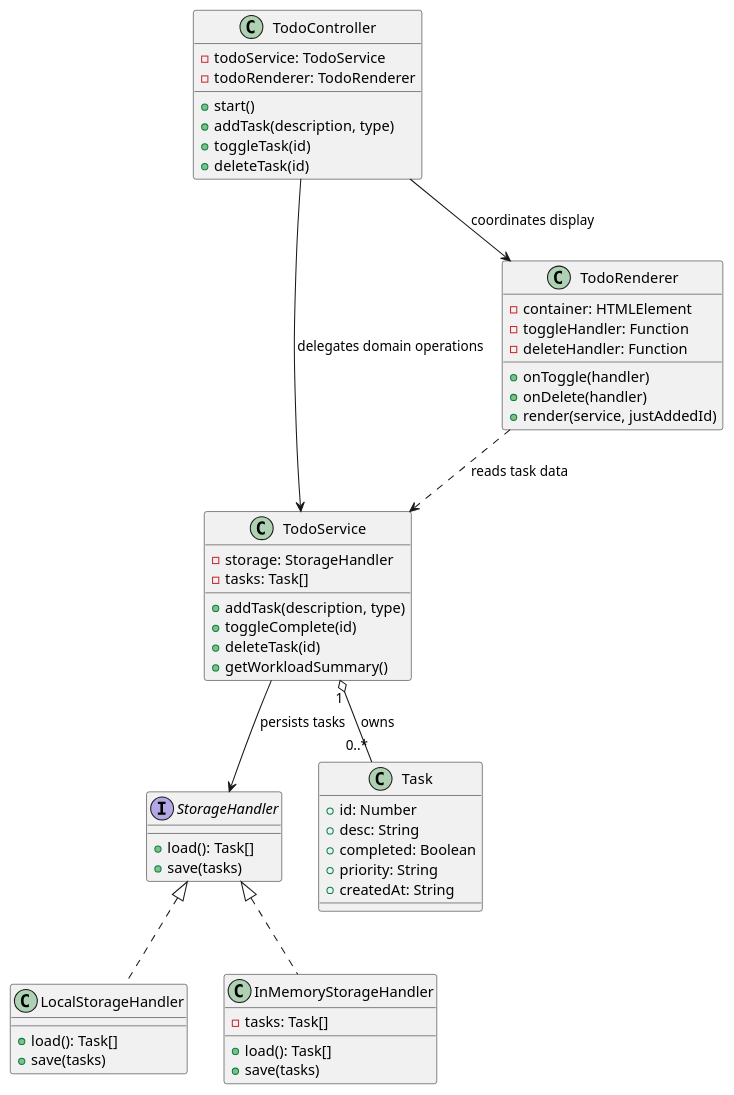
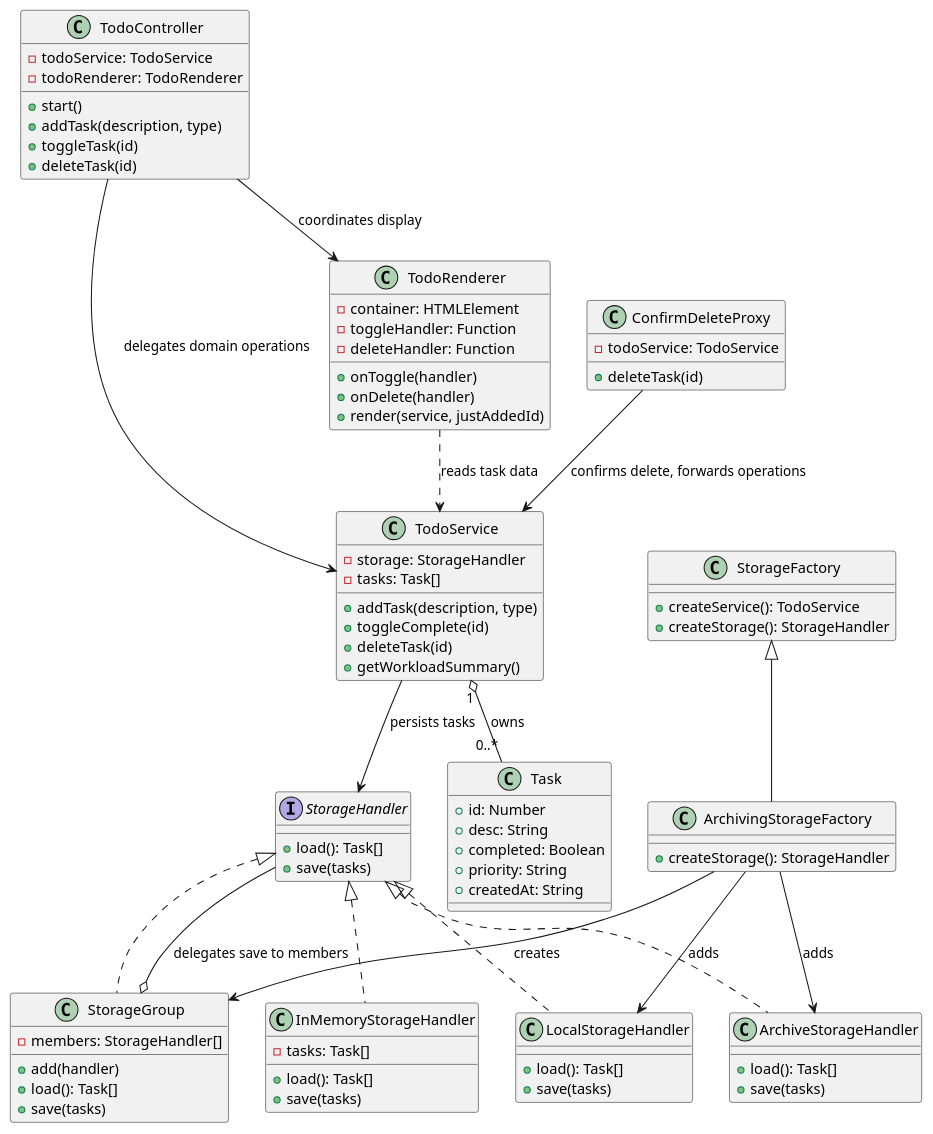
One commit to VesaSylqa/swen383-todo changed the diagram in docs/class-diagram.puml. Above: the diagram before and after it, drawn with PlantUML. The commit also changed 3 other files, not shown here.

Commit message:
feat: ConfirmDeleteProxy (Proxy) asks before deleting

```diff
--- a/docs/class-diagram.puml
+++ b/docs/class-diagram.puml
@@ -1,60 +1,94 @@
 @startuml TodoAppClassDiagram
 class TodoController {
   - todoService: TodoService
   - todoRenderer: TodoRenderer
   + start()
   + addTask(description, type)
   + toggleTask(id)
   + deleteTask(id)
 }
 
 class TodoService {
   - storage: StorageHandler
   - tasks: Task[]
   + addTask(description, type)
   + toggleComplete(id)
   + deleteTask(id)
   + getWorkloadSummary()
 }
 
 class TodoRenderer {
   - container: HTMLElement
   - toggleHandler: Function
   - deleteHandler: Function
   + onToggle(handler)
   + onDelete(handler)
   + render(service, justAddedId)
 }
 
 interface StorageHandler {
   + load(): Task[]
   + save(tasks)
 }
 
 class LocalStorageHandler {
   + load(): Task[]
   + save(tasks)
 }
 
 class InMemoryStorageHandler {
   - tasks: Task[]
   + load(): Task[]
   + save(tasks)
 }
 
+class StorageGroup {
+  - members: StorageHandler[]
+  + add(handler)
+  + load(): Task[]
+  + save(tasks)
+}
+
+class ArchiveStorageHandler {
+  + load(): Task[]
+  + save(tasks)
+}
+
+class StorageFactory {
+  + createService(): TodoService
+  + createStorage(): StorageHandler
+}
+
+class ArchivingStorageFactory {
+  + createStorage(): StorageHandler
+}
+
+class ConfirmDeleteProxy {
+  - todoService: TodoService
+  + deleteTask(id)
+}
+
 class Task {
   + id: Number
   + desc: String
   + completed: Boolean
   + priority: String
   + createdAt: String
 }
 
 TodoController --> TodoService : delegates domain operations
 TodoController --> TodoRenderer : coordinates display
 TodoRenderer ..> TodoService : reads task data
 TodoService --> StorageHandler : persists tasks
 StorageHandler <|.. LocalStorageHandler
 StorageHandler <|.. InMemoryStorageHandler
+StorageHandler <|.. StorageGroup
+StorageHandler <|.. ArchiveStorageHandler
+StorageGroup o-- StorageHandler : delegates save to members
+StorageFactory <|-- ArchivingStorageFactory
+ArchivingStorageFactory --> StorageGroup : creates
+ArchivingStorageFactory --> LocalStorageHandler : adds
+ArchivingStorageFactory --> ArchiveStorageHandler : adds
+ConfirmDeleteProxy --> TodoService : confirms delete, forwards operations
 TodoService "1" o-- "0..*" Task : owns
 @enduml
```
